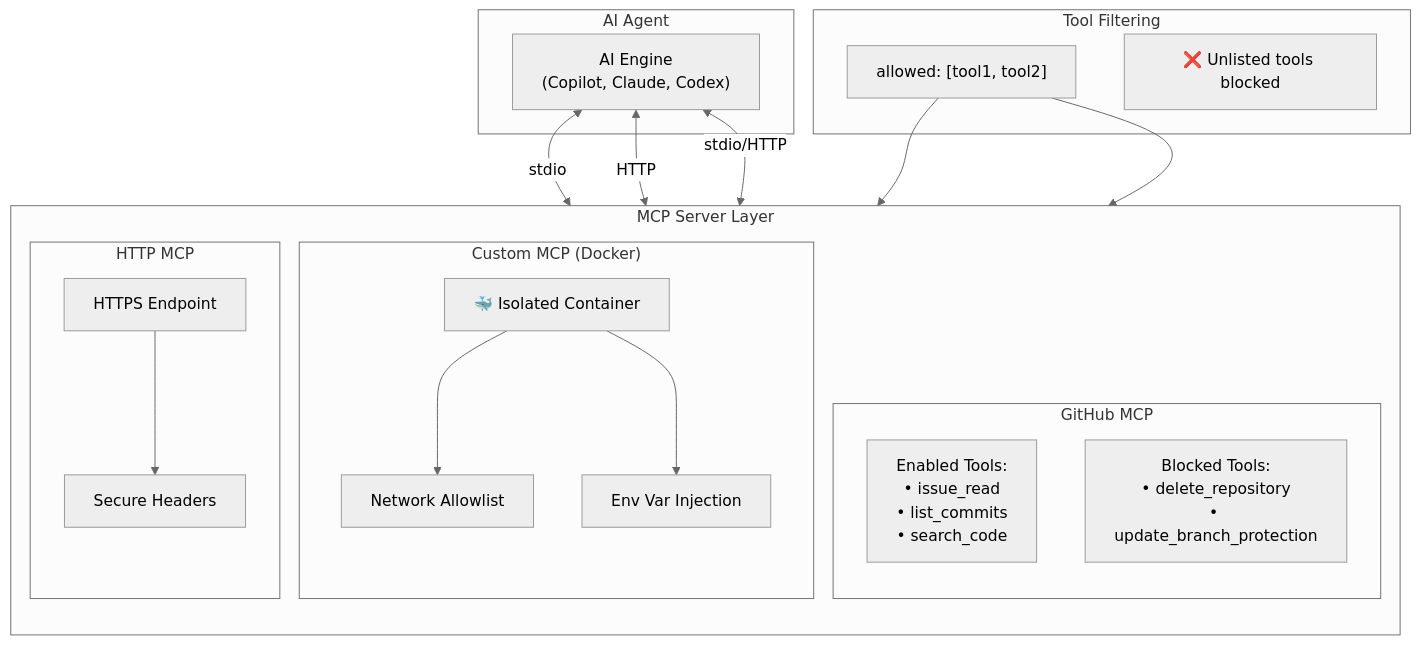
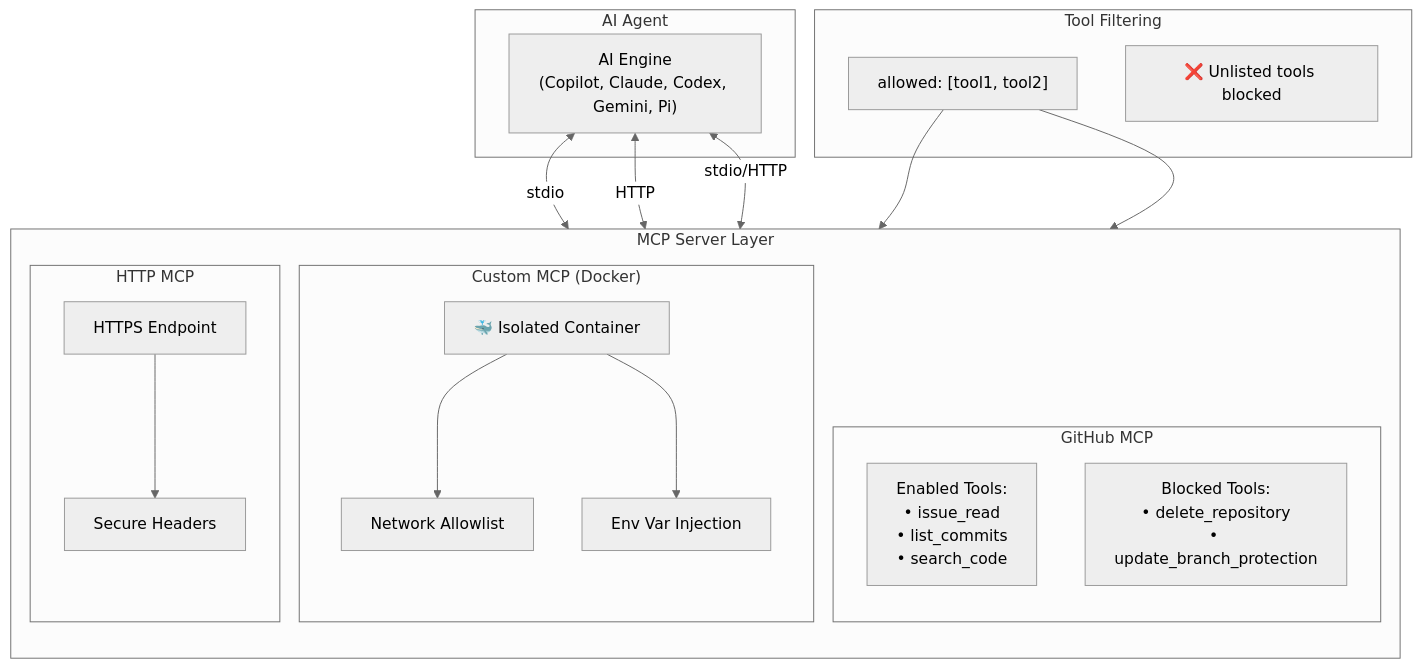
One commit to githubnext/gh-aw changed the fifth of 11 diagrams in docs/src/content/docs/introduction/architecture.mdx. Above: the diagram before and after it, drawn with Mermaid (neutral theme). The commit also changed other lines of this file and 9 other files, not shown here.

````diff
--- a/docs/src/content/docs/introduction/architecture.mdx
+++ b/docs/src/content/docs/introduction/architecture.mdx
@@ -296,41 +298,41 @@
 ```mermaid
 flowchart TB
     subgraph Agent["AI Agent"]
-        ENGINE["AI Engine<br/>(Copilot, Claude, Codex)"]
+        ENGINE["AI Engine<br/>(Copilot, Claude, Codex, Gemini, Pi)"]
     end
 
     subgraph MCPLayer["MCP Server Layer"]
         direction TB
 
         subgraph GitHub["GitHub MCP"]
             GH_TOOLS["Enabled Tools:<br/>• issue_read<br/>• list_commits<br/>• search_code"]
             GH_BLOCKED["Blocked Tools:<br/>• delete_repository<br/>• update_branch_protection"]
         end
 
         subgraph Custom["Custom MCP (Docker)"]
             CONTAINER["🐳 Isolated Container"]
             NET["Network Allowlist"]
             ENV["Env Var Injection"]
         end
 
         subgraph HTTP["HTTP MCP"]
             ENDPOINT["HTTPS Endpoint"]
             HEADERS["Secure Headers"]
         end
     end
 
     subgraph Toolfilter["Tool Filtering"]
         ALLOWED["allowed: [tool1, tool2]"]
         DENIED["❌ Unlisted tools blocked"]
     end
 
     ENGINE <-->|"stdio/HTTP"| GitHub
     ENGINE <-->|"stdio"| CONTAINER
     ENGINE <-->|"HTTP"| ENDPOINT
 
     ALLOWED --> GH_TOOLS
     ALLOWED --> GH_BLOCKED
     CONTAINER --> NET
     CONTAINER --> ENV
     ENDPOINT --> HEADERS
 ```
````
